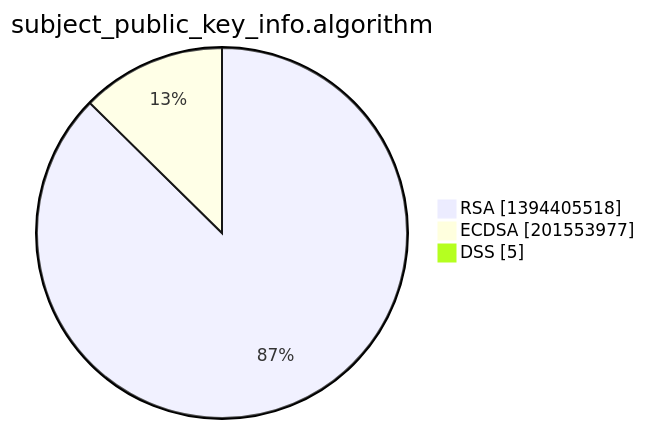
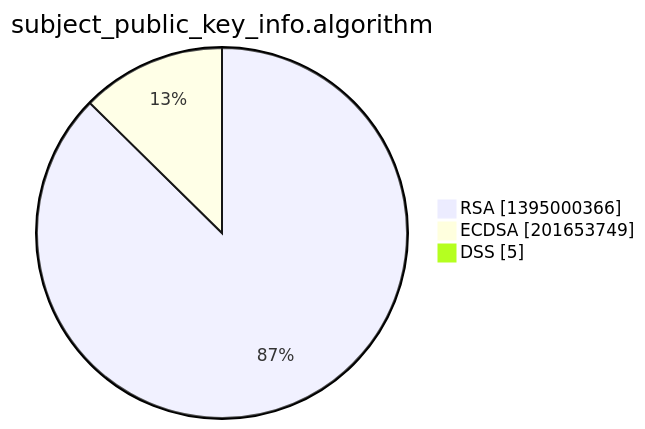
One commit to christiankrug/ctmonitor_visualization changed the third of 15 diagrams in xenon2022/README.md. Above: the diagram before and after it, drawn with Mermaid. The commit also changed other lines of this file, not shown here.

````diff
--- a/xenon2022/README.md
+++ b/xenon2022/README.md
@@ -14,7 +14,7 @@
 ```mermaid
 pie showData
 title subject_public_key_info.algorithm
-"RSA" :1394405518
-"ECDSA" :201553977
+"RSA" :1395000366
+"ECDSA" :201653749
 "DSS" :5
 ```
````
